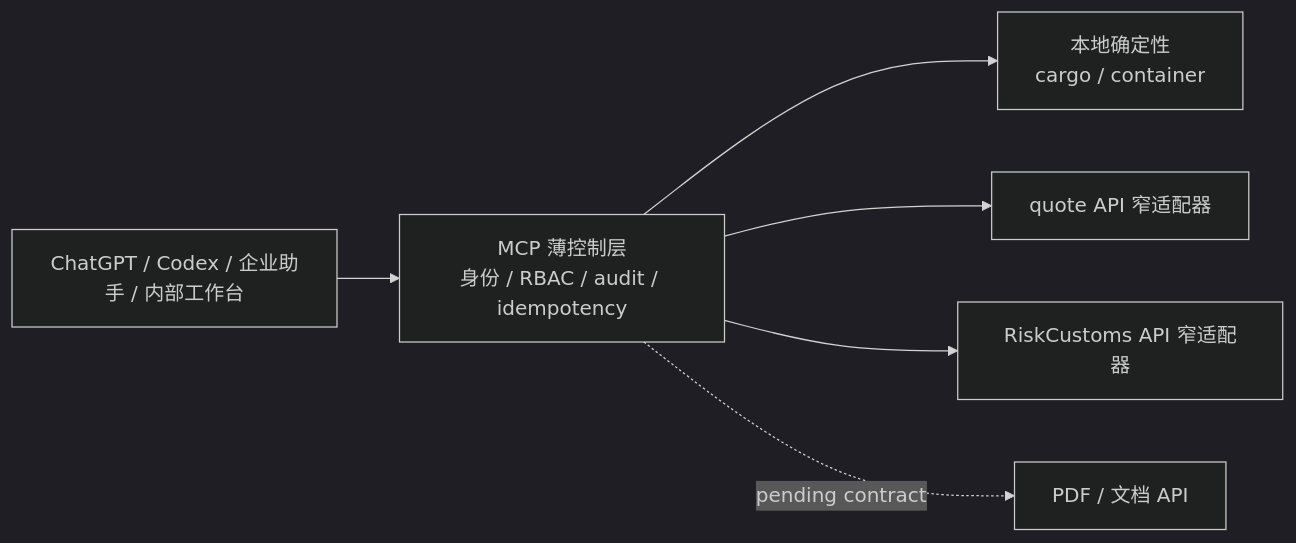
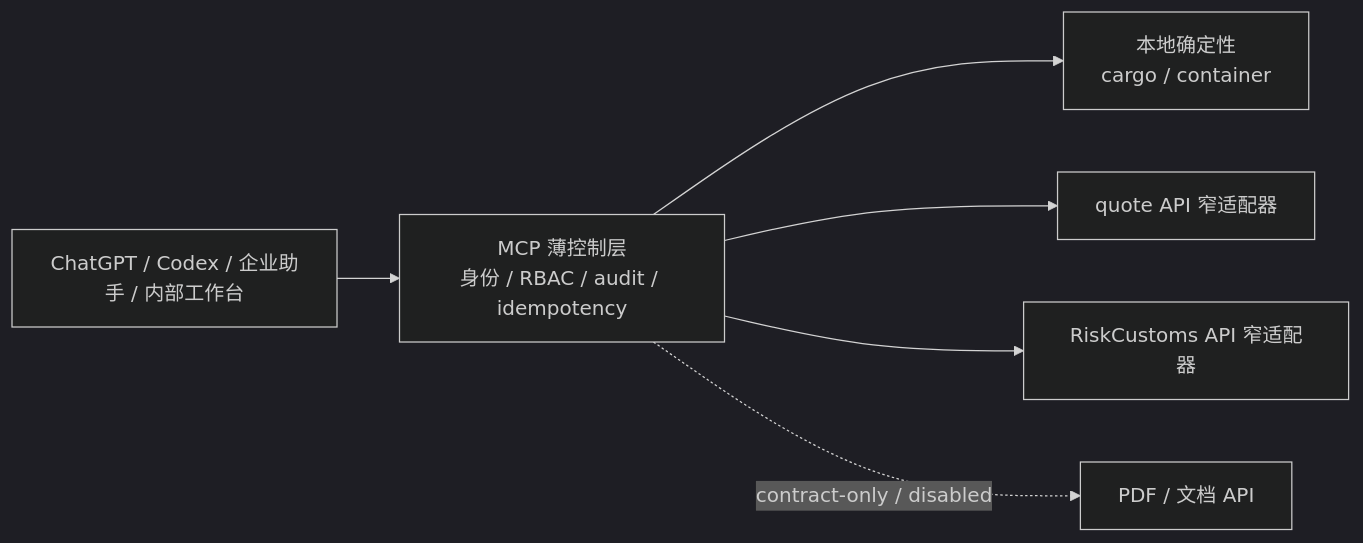
The diagram in README.md (zqj372-ops/cross-border-logistics-mcp), drawn with Mermaid (dark theme) before and after one commit. The commit also changed other lines of this file and 10 other files, not shown here.

````diff
--- a/README.md
+++ b/README.md
@@ -26,8 +26,8 @@
 ```mermaid
 flowchart LR
   C["ChatGPT / Codex / 企业助手 / 内部工作台"] --> M["MCP 薄控制层\n身份 / RBAC / audit / idempotency"]
   M --> L["本地确定性\ncargo / container"]
   M --> Q["quote API 窄适配器"]
   M --> R["RiskCustoms API 窄适配器"]
-  M -. "pending contract" .-> P["PDF / 文档 API"]
+  M -. "contract-only / disabled" .-> P["PDF / 文档 API"]
 ```
````
